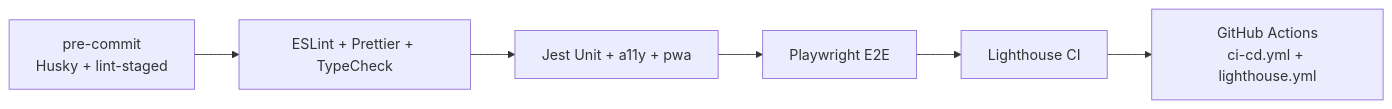
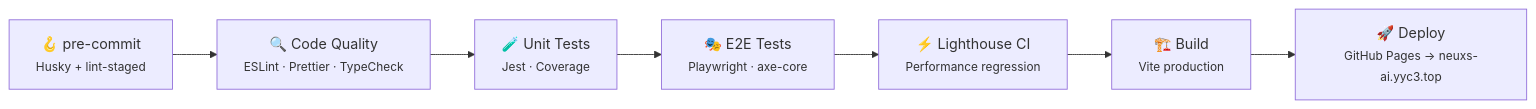
One commit to YYC-Cube/YYC3-AI-App-Intelligence-Platform changed the first of 2 diagrams in README.md. Above: the diagram before and after it, drawn with Mermaid. The commit also changed other lines of this file and 8 other files, not shown here.

First line of the commit message:
docs: bilingual README, GitHub Pages CI/CD deploy, CNAME for neuxs-ai.yyc3.top

````diff
--- a/README.md
+++ b/README.md
@@ -216,8 +453,9 @@
 ```mermaid
 flowchart LR
-  A[pre-commit<br/>Husky + lint-staged] --> B[ESLint + Prettier + TypeCheck]
-  B --> C[Jest Unit + a11y + pwa]
-  C --> D[Playwright E2E]
-  D --> E[Lighthouse CI]
-  E --> F[GitHub Actions<br/>ci-cd.yml + lighthouse.yml]
+  A["🪝 pre-commit<br/><small>Husky + lint-staged</small>"] --> B["🔍 Code Quality<br/><small>ESLint · Prettier · TypeCheck</small>"]
+  B --> C["🧪 Unit Tests<br/><small>Jest · Coverage</small>"]
+  C --> D["🎭 E2E Tests<br/><small>Playwright · axe-core</small>"]
+  D --> E["⚡ Lighthouse CI<br/><small>Performance regression</small>"]
+  E --> F["🏗️ Build<br/><small>Vite production</small>"]
+  F --> G["🚀 Deploy<br/><small>GitHub Pages → neuxs-ai.yyc3.top</small>"]
 ```
````
